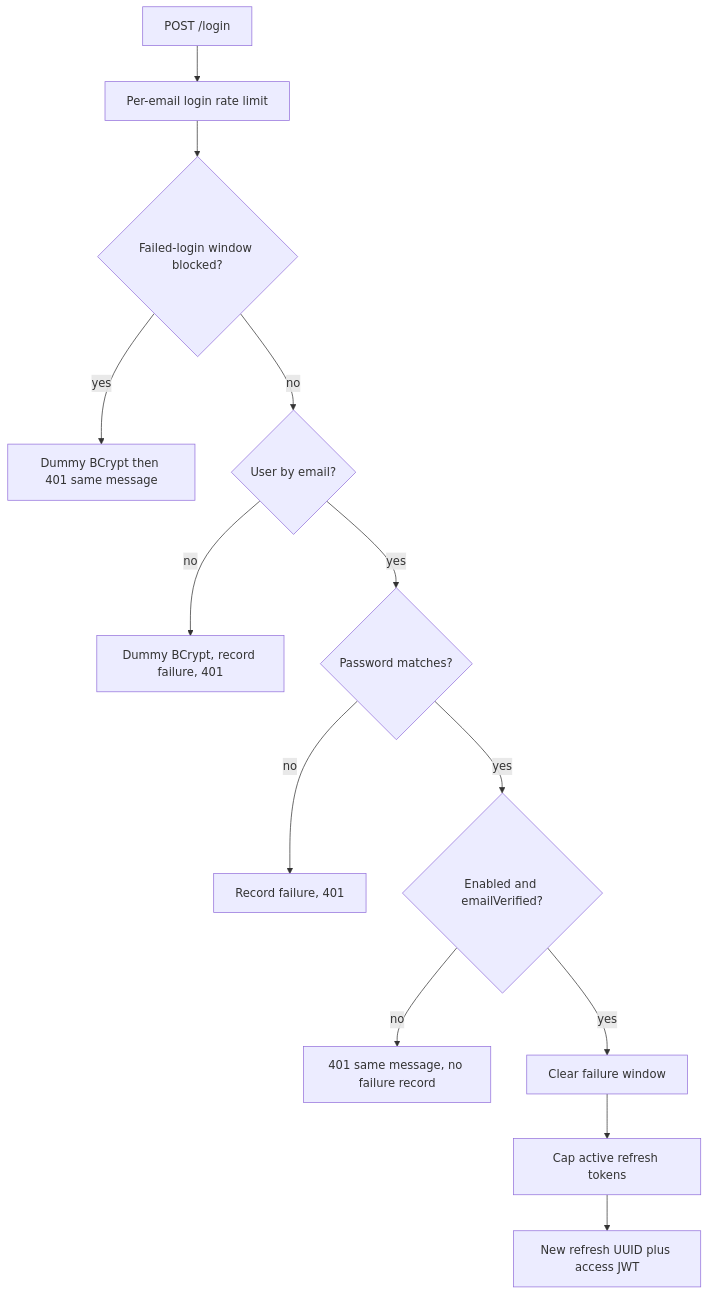
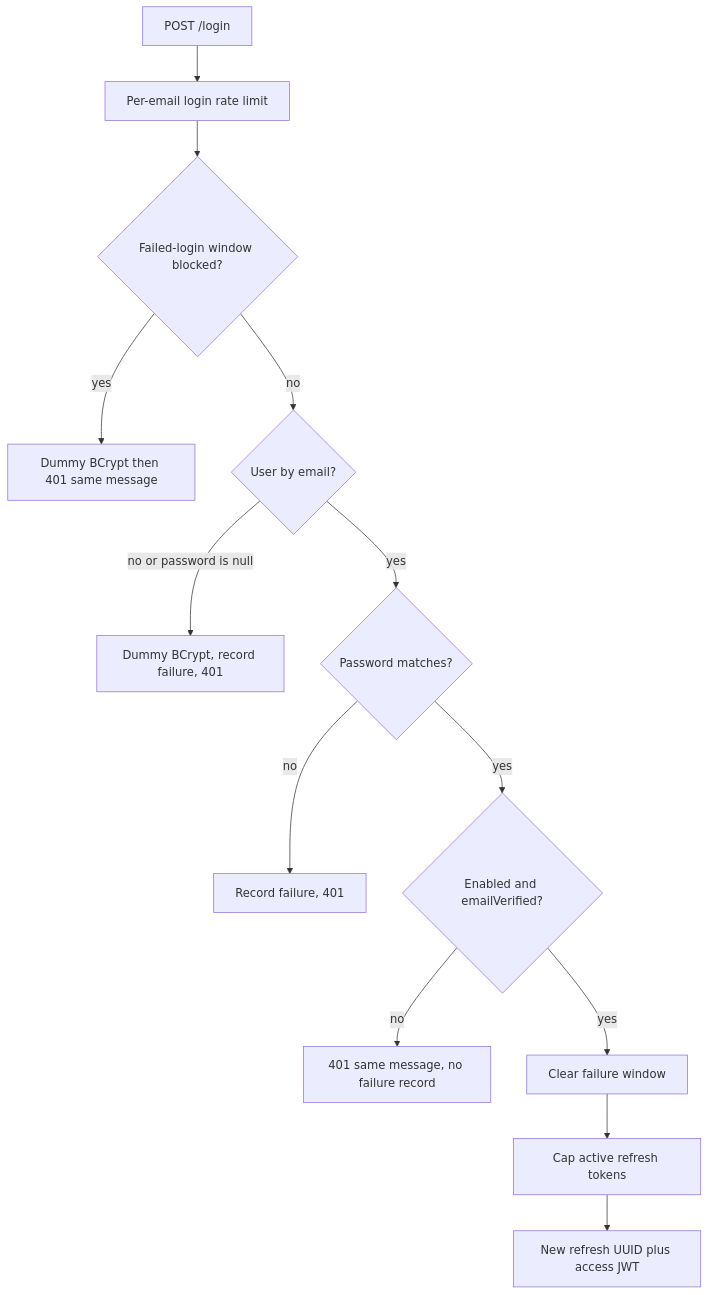
The fourth of 10 diagrams in src/main/java/com/developer/copilot/auth/docs/FLOW.md (Venkata-Nageswara-Bhadri78/CodePilot), drawn with Mermaid before and after one commit. The commit also changed other lines of this file and 66 other files, not shown here.

````diff
--- a/src/main/java/com/developer/copilot/auth/docs/FLOW.md
+++ b/src/main/java/com/developer/copilot/auth/docs/FLOW.md
@@ -93,15 +93,15 @@
 ```mermaid
 flowchart TD
     A[POST /login] --> B[Per-email login rate limit]
     B --> C{Failed-login window blocked?}
     C -->|yes| D[Dummy BCrypt then 401 same message]
     C -->|no| E{User by email?}
-    E -->|no| F[Dummy BCrypt, record failure, 401]
+    E -->|no or password is null| F[Dummy BCrypt, record failure, 401]
     E -->|yes| G{Password matches?}
     G -->|no| H[Record failure, 401]
     G -->|yes| I{Enabled and emailVerified?}
     I -->|no| J[401 same message, no failure record]
     I -->|yes| K[Clear failure window]
     K --> L[Cap active refresh tokens]
     L --> M[New refresh UUID plus access JWT]
 ```
````
